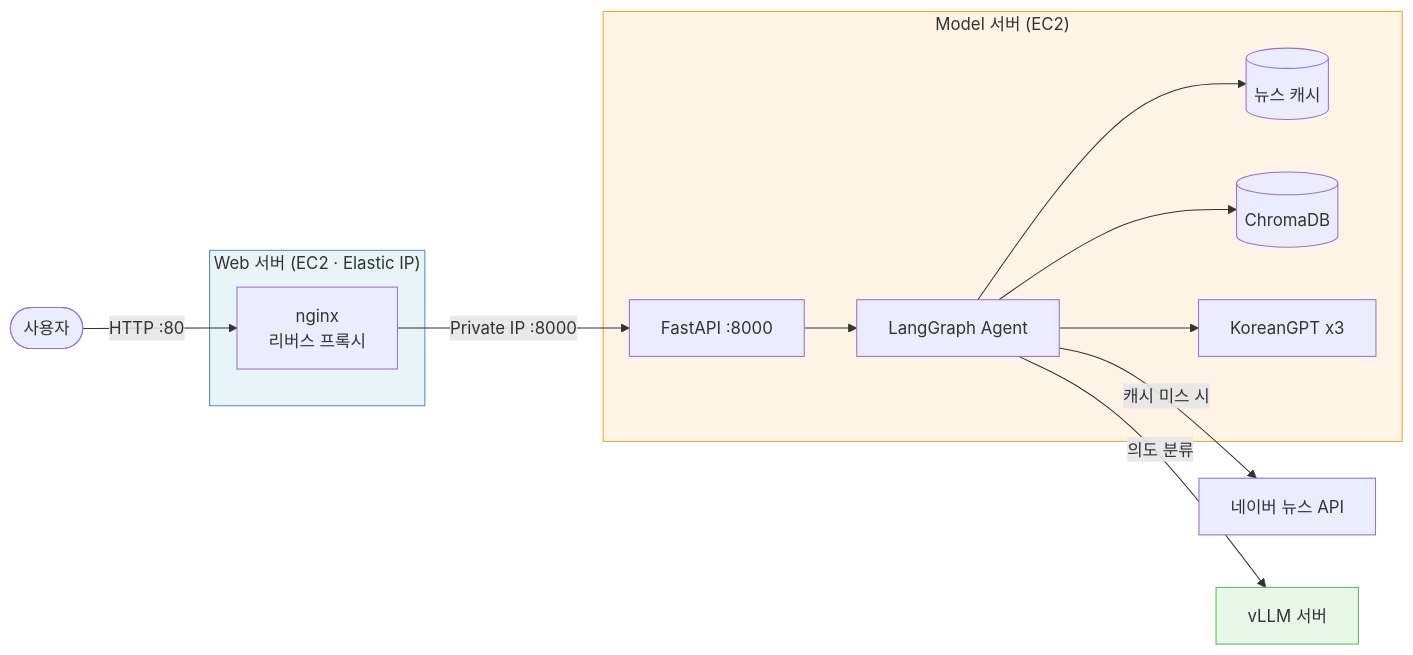
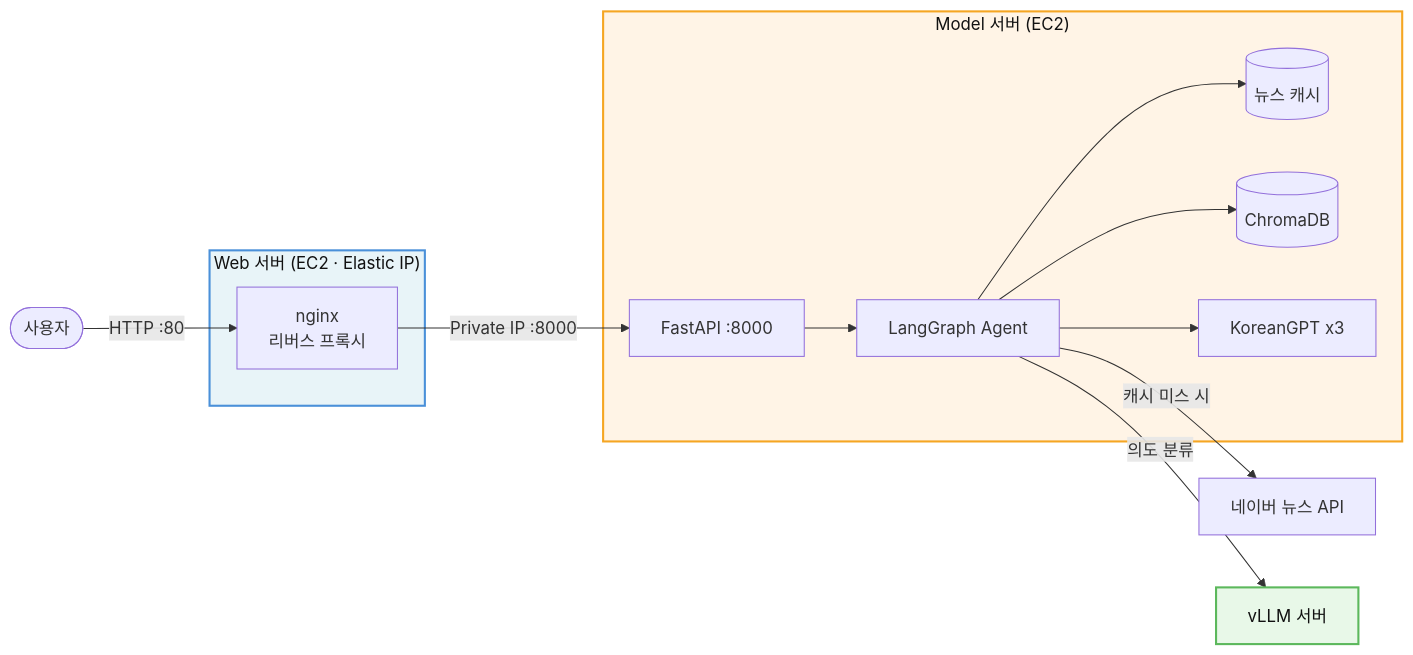
The second of 10 diagrams in README.md (Dongju-00/eric-chatagent), drawn with Mermaid before and after one commit. The commit also changed other lines of this file, not shown here.

````diff
--- a/README.md
+++ b/README.md
@@ -56,28 +56,28 @@
 ```mermaid
 graph LR
     User([사용자]) -->|HTTP :80| Nginx
 
     subgraph WEB["Web 서버 (EC2 · Elastic IP)"]
         Nginx[nginx<br/>리버스 프록시]
     end
 
     subgraph MODEL["Model 서버 (EC2)"]
         API[FastAPI :8000]
         Graph[LangGraph Agent]
         Cache[(뉴스 캐시)]
         Store[(ChromaDB)]
         Models[KoreanGPT x3]
         API --> Graph
         Graph --> Cache
         Graph --> Store
         Graph --> Models
     end
 
     Nginx -->|Private IP :8000| API
     Graph -->|캐시 미스 시| Naver[네이버 뉴스 API]
     Graph -->|의도 분류| VLLM[vLLM 서버]
 
-    style WEB fill:#e8f4f8,stroke:#4a90d9
-    style MODEL fill:#fff4e6,stroke:#f5a623
-    style VLLM fill:#e8f8e8,stroke:#5cb85c
+    style WEB fill:#e8f4f8,stroke:#4a90d9,stroke-width:2px,color:#111111
+    style MODEL fill:#fff4e6,stroke:#f5a623,stroke-width:2px,color:#111111
+    style VLLM fill:#e8f8e8,stroke:#5cb85c,stroke-width:2px,color:#111111
 ```
````
